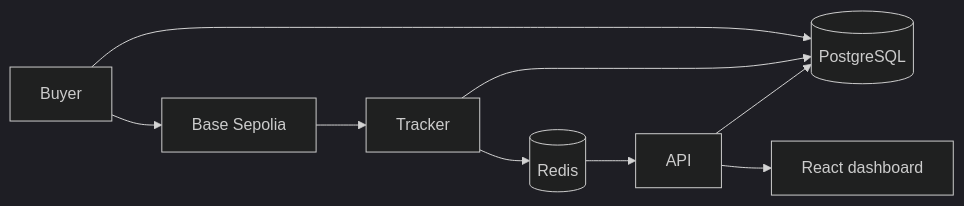
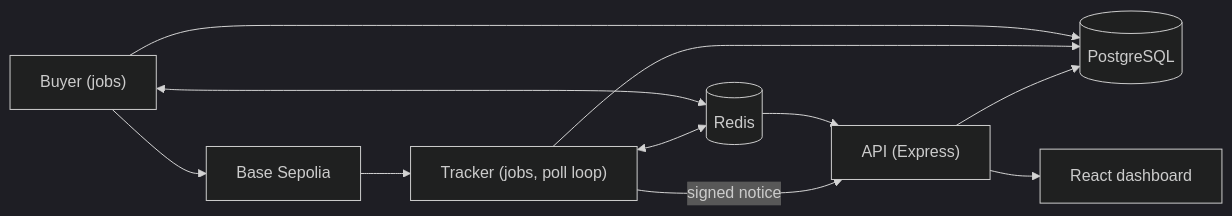
One commit to batihandev/payment-pipeline-demo changed the diagram in README.md. Above: the diagram before and after it, drawn with Mermaid (dark theme). The commit also changed other lines of this file and 1 other file, not shown here.

Commit message:
Document the Nest structure and the API limits

````diff
--- a/README.md
+++ b/README.md
@@ -5,11 +5,13 @@
 ```mermaid
 flowchart LR
-  Buyer --> Chain[Base Sepolia]
-  Chain --> Tracker
+  Buyer["Buyer (jobs)"] --> Chain[Base Sepolia]
+  Chain --> Tracker["Tracker (jobs, poll loop)"]
   Buyer --> DB[(PostgreSQL)]
   Tracker --> DB
-  Tracker --> Redis[(Redis)]
-  Redis --> API
+  Buyer <--> Redis[(Redis)]
+  Tracker <--> Redis
+  Redis --> API["API (Express)"]
+  Tracker -- signed notice --> API
   API --> DB
   API --> Web[React dashboard]
 ```
````
